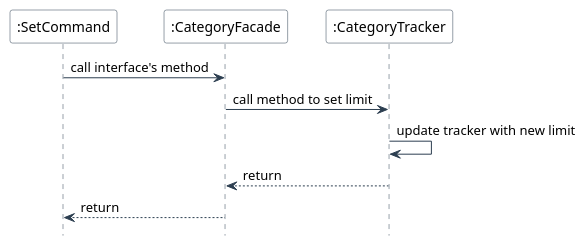
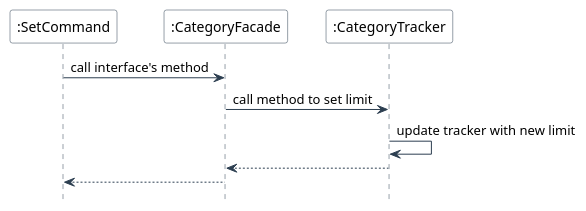
Before and after one commit to nus-cs2113-AY2425S1/tp: the diagram in docs/diagrams/plantuml/CategoryFacade Set SequenceUML.puml, drawn with PlantUML. The commit also changed 11 other files, not shown here.

Commit message:
Simplify sequence diagram

```diff
--- a/docs/diagrams/plantuml/CategoryFacade Set SequenceUML.puml
+++ b/docs/diagrams/plantuml/CategoryFacade Set SequenceUML.puml
@@ -1,22 +1,22 @@
 @startuml
 skinparam backgroundColor #FFFFFF
 skinparam sequence {
     ArrowColor #2C3E50
     LifeLineBorderColor #2C3E50
     ParticipantBorderColor #2C3E50
     ParticipantBackgroundColor #FFFFFF
 }
 hide footbox
 
 participant ":SetCommand" as SC
 participant ":CategoryFacade" as CF
 participant ":CategoryTracker" as CT
 ' participant ":CategoryData" as CD
 
 SC -> CF: call interface's method
 CF -> CT: call method to set limit
 CT -> CT: update tracker with new limit
-CT --> CF: return
-CF --> SC: return
+CT --> CF:
+CF --> SC:
 
 @enduml
```
